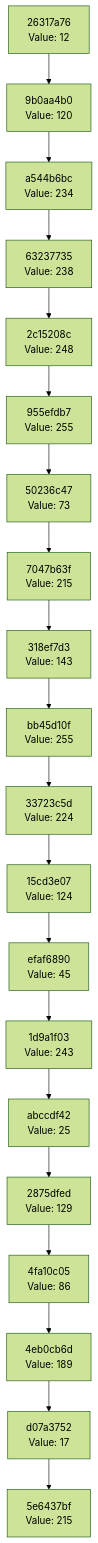
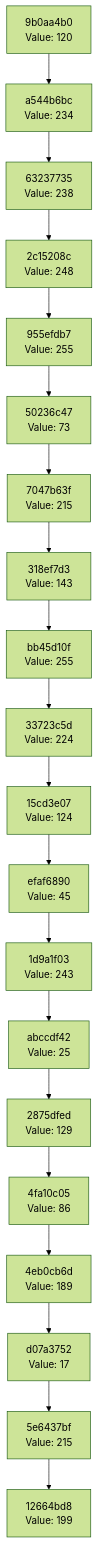
The diagram in docs/CHAIN_VISUALIZATION.md (Abhisheksinha1506/hash-chain-evolver), drawn with Mermaid (forest theme) before and after one commit. The commit also changed 2 other files, not shown here.

Commit message:
Evolution Step

````diff
--- a/docs/CHAIN_VISUALIZATION.md
+++ b/docs/CHAIN_VISUALIZATION.md
@@ -3,42 +3,42 @@
 ```mermaid
 graph TD
-    C0["5e6437bf<br/>Value: 215"]
-    C1["d07a3752<br/>Value: 17"]
+    C0["12664bd8<br/>Value: 199"]
+    C1["5e6437bf<br/>Value: 215"]
     C1 --> C0
-    C2["4eb0cb6d<br/>Value: 189"]
+    C2["d07a3752<br/>Value: 17"]
     C2 --> C1
-    C3["4fa10c05<br/>Value: 86"]
+    C3["4eb0cb6d<br/>Value: 189"]
     C3 --> C2
-    C4["2875dfed<br/>Value: 129"]
+    C4["4fa10c05<br/>Value: 86"]
     C4 --> C3
-    C5["abccdf42<br/>Value: 25"]
+    C5["2875dfed<br/>Value: 129"]
     C5 --> C4
-    C6["1d9a1f03<br/>Value: 243"]
+    C6["abccdf42<br/>Value: 25"]
     C6 --> C5
-    C7["efaf6890<br/>Value: 45"]
+    C7["1d9a1f03<br/>Value: 243"]
     C7 --> C6
-    C8["15cd3e07<br/>Value: 124"]
+    C8["efaf6890<br/>Value: 45"]
     C8 --> C7
-    C9["33723c5d<br/>Value: 224"]
+    C9["15cd3e07<br/>Value: 124"]
     C9 --> C8
-    C10["bb45d10f<br/>Value: 255"]
+    C10["33723c5d<br/>Value: 224"]
     C10 --> C9
-    C11["318ef7d3<br/>Value: 143"]
+    C11["bb45d10f<br/>Value: 255"]
     C11 --> C10
-    C12["7047b63f<br/>Value: 215"]
+    C12["318ef7d3<br/>Value: 143"]
     C12 --> C11
-    C13["50236c47<br/>Value: 73"]
+    C13["7047b63f<br/>Value: 215"]
     C13 --> C12
-    C14["955efdb7<br/>Value: 255"]
+    C14["50236c47<br/>Value: 73"]
     C14 --> C13
-    C15["2c15208c<br/>Value: 248"]
+    C15["955efdb7<br/>Value: 255"]
     C15 --> C14
-    C16["63237735<br/>Value: 238"]
+    C16["2c15208c<br/>Value: 248"]
     C16 --> C15
-    C17["a544b6bc<br/>Value: 234"]
+    C17["63237735<br/>Value: 238"]
     C17 --> C16
-    C18["9b0aa4b0<br/>Value: 120"]
+    C18["a544b6bc<br/>Value: 234"]
     C18 --> C17
-    C19["26317a76<br/>Value: 12"]
+    C19["9b0aa4b0<br/>Value: 120"]
     C19 --> C18
 ```
````
